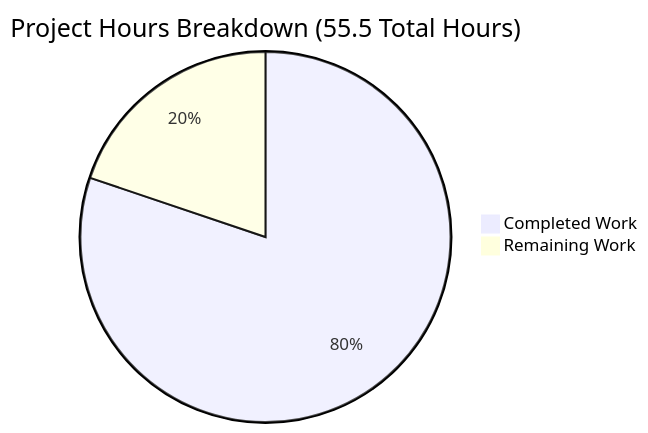
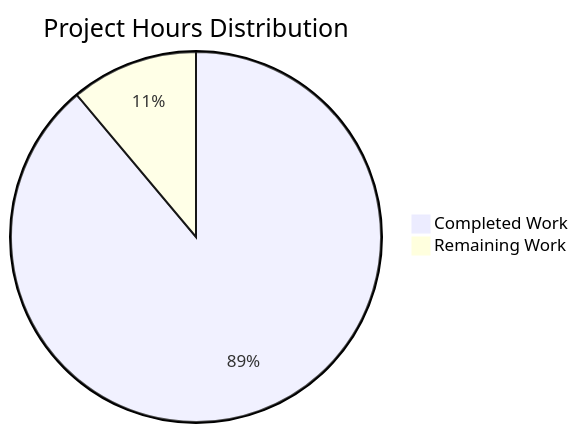
Before and after one commit to lakshya-blitzy/hello_world_Oct_2025: the diagram in blitzy/documentation/Project Guide.md, drawn with Mermaid. The commit also changed other lines of this file, not shown here.

Commit message:
Adding Blitzy Project Guide: Project Status and Human Tasks Remaining

````diff
--- a/blitzy/documentation/Project Guide.md
+++ b/blitzy/documentation/Project Guide.md
@@ -59,5 +25,5 @@
 ```mermaid
-pie title Project Hours Breakdown (55.5 Total Hours)
-    "Completed Work" : 44.5
-    "Remaining Work" : 11
+pie title Project Hours Distribution
+    "Completed Work" : 32
+    "Remaining Work" : 4
 ```
````
